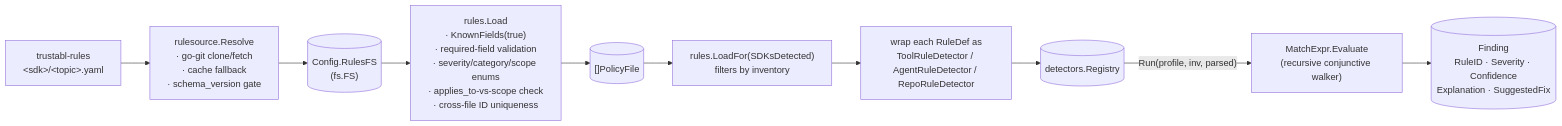
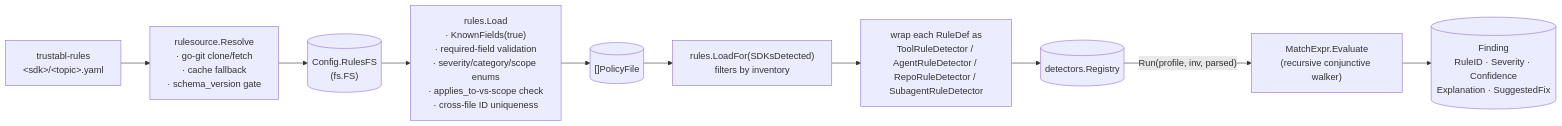
One commit to jhumel-code/trustabl changed the fourth of 4 diagrams in ARCHITECTURE.md. Above: the diagram before and after it, drawn with Mermaid. The commit also changed other lines of this file and 2 other files, not shown here.

Commit message:
docs: document subagent detector scope + CSDK-110

````diff
--- a/ARCHITECTURE.md
+++ b/ARCHITECTURE.md
@@ -961,16 +977,16 @@
 ```mermaid
 flowchart LR
     yaml["trustabl-rules<br/>&lt;sdk&gt;/&lt;topic&gt;.yaml"]
     resolve["rulesource.Resolve<br/>· go-git clone/fetch<br/>· cache fallback<br/>· schema_version gate"]
     fs[("Config.RulesFS<br/>(fs.FS)")]
     loader["rules.Load<br/>· KnownFields(true)<br/>· required-field validation<br/>· severity/category/scope enums<br/>· applies_to-vs-scope check<br/>· cross-file ID uniqueness"]
     rules[("[]PolicyFile")]
     loadfor["rules.LoadFor(SDKsDetected)<br/>filters by inventory"]
-    wrap["wrap each RuleDef as<br/>ToolRuleDetector / AgentRuleDetector / RepoRuleDetector"]
+    wrap["wrap each RuleDef as<br/>ToolRuleDetector / AgentRuleDetector / RepoRuleDetector / SubagentRuleDetector"]
     registry[("detectors.Registry")]
     evaluate["MatchExpr.Evaluate<br/>(recursive conjunctive walker)"]
     finding[("Finding<br/>RuleID · Severity · Confidence<br/>Explanation · SuggestedFix")]
 
     yaml --> resolve --> fs --> loader --> rules --> loadfor --> wrap --> registry
     registry -- "Run(profile, inv, parsed)" --> evaluate --> finding
 ```
````
